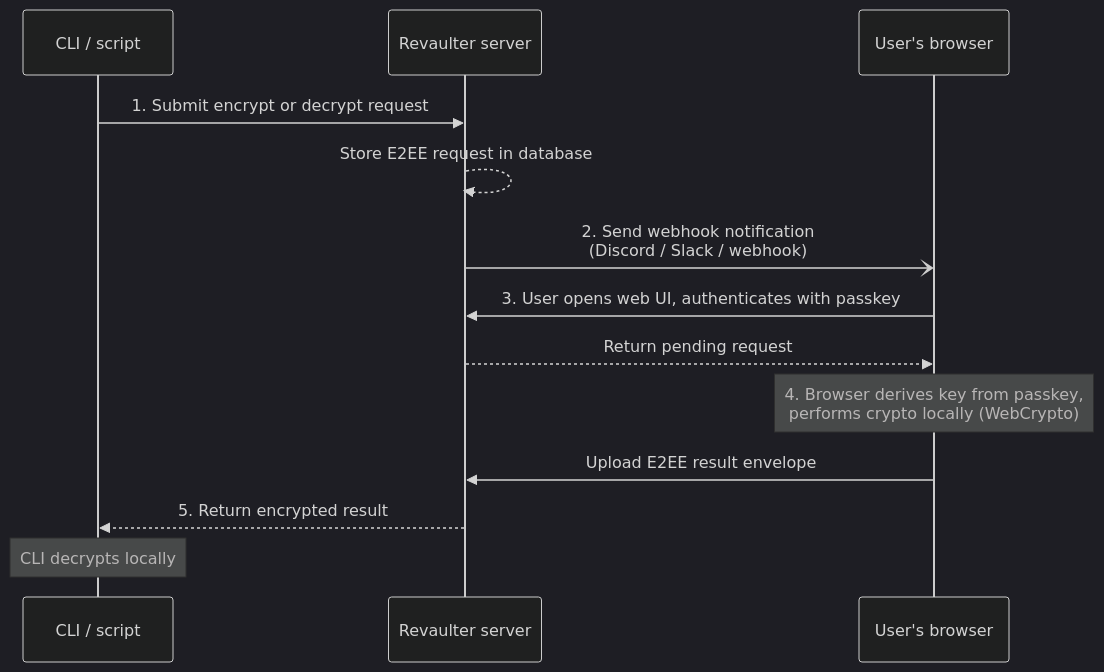
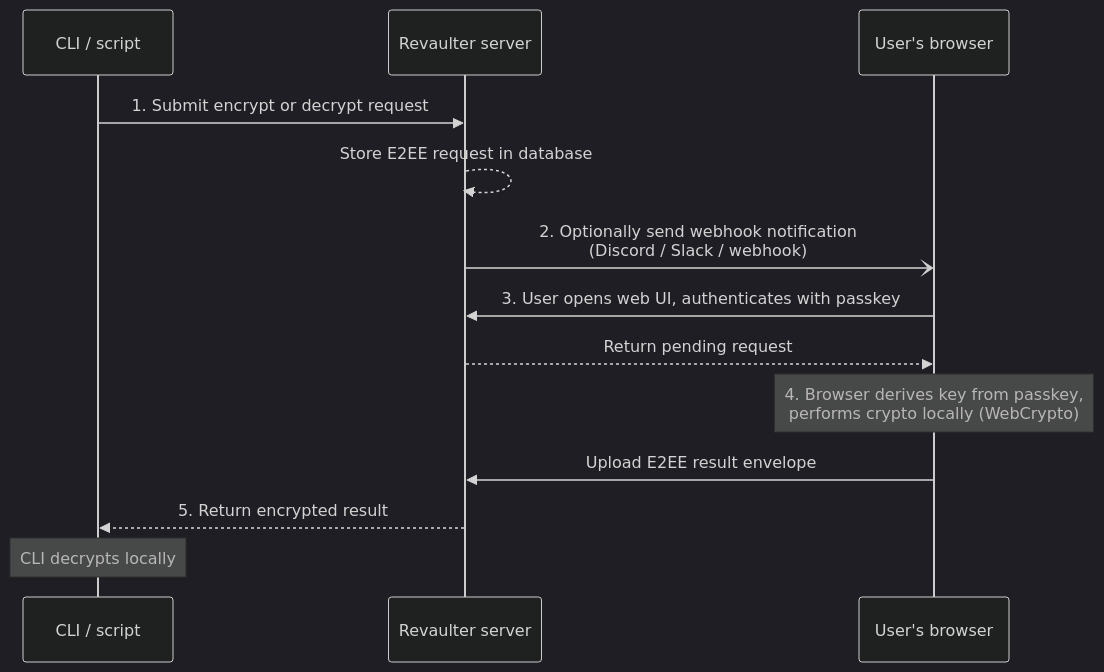
One commit to ItalyPaleAle/revaulter changed the diagram in docs/content/docs/what-is-revaulter.md. Above: the diagram before and after it, drawn with Mermaid (dark theme). The commit also changed other lines of this file and 10 other files, not shown here.

````diff
--- a/docs/content/docs/what-is-revaulter.md
+++ b/docs/content/docs/what-is-revaulter.md
@@ -12,16 +12,16 @@
 ```mermaid
 sequenceDiagram
     participant CLI as CLI / script
     participant S as Revaulter server
     participant B as User's browser
 
     CLI->>S: 1. Submit encrypt or decrypt request
     S-->>S: Store E2EE request in database
-    S-)B: 2. Send webhook notification<br/>(Discord / Slack / webhook)
+    S-)B: 2. Optionally send webhook notification<br/>(Discord / Slack / webhook)
     B->>S: 3. User opens web UI, authenticates with passkey
     S-->>B: Return pending request
     Note over B: 4. Browser derives key from passkey,<br/>performs crypto locally (WebCrypto)
     B->>S: Upload E2EE result envelope
     S-->>CLI: 5. Return encrypted result
     Note over CLI: CLI decrypts locally
 ```
````
